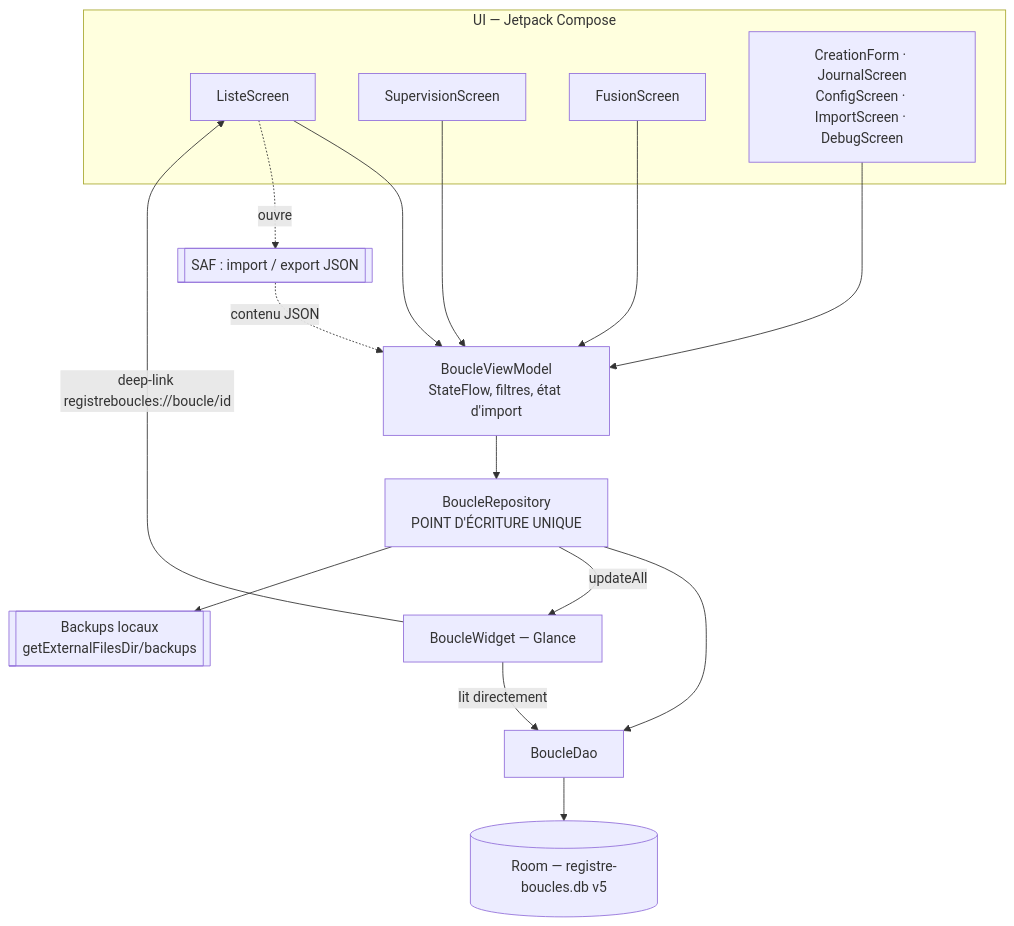
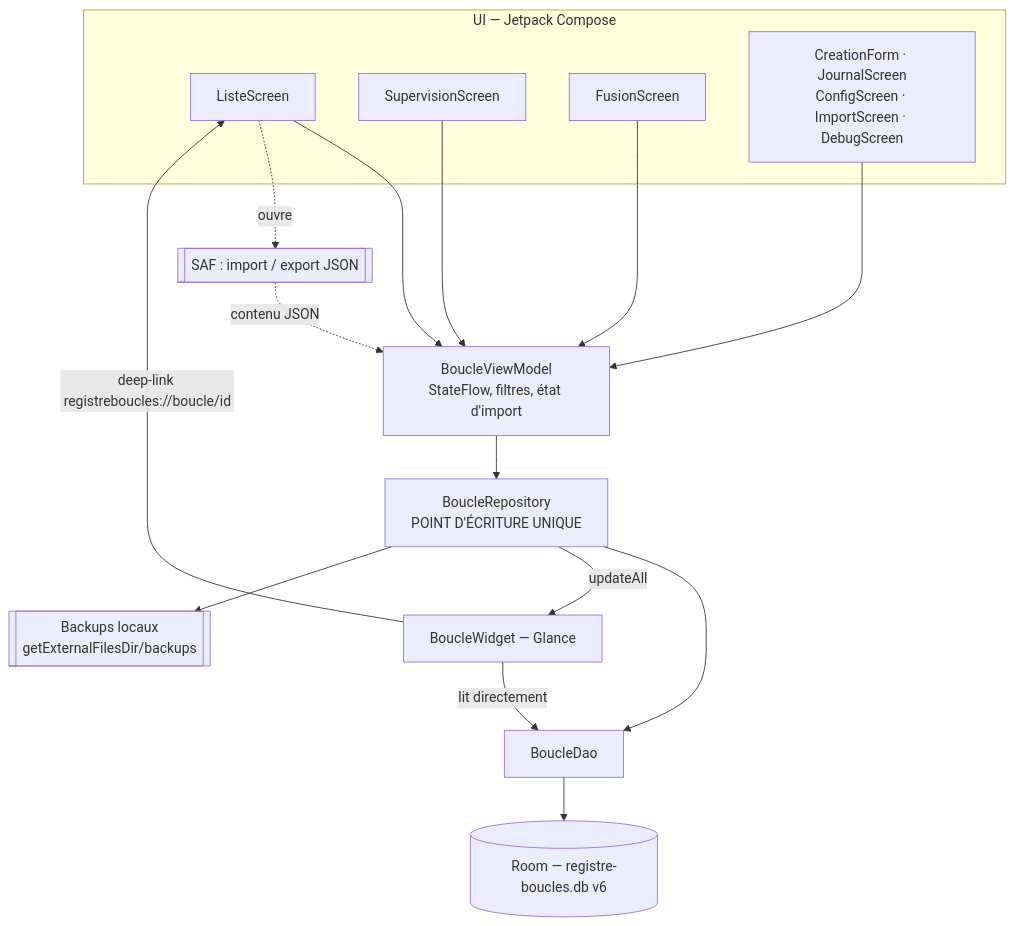
The diagram in docs/explanation/architecture.md (tikazor/registre-boucles-android), drawn with Mermaid before and after one commit. The commit also changed other lines of this file and 6 other files, not shown here.

````diff
--- a/docs/explanation/architecture.md
+++ b/docs/explanation/architecture.md
@@ -19,31 +19,31 @@
 ```mermaid
 flowchart TD
     subgraph UI["UI — Jetpack Compose"]
         L[ListeScreen]
         SUP[SupervisionScreen]
         FUS[FusionScreen]
         AUTRES["CreationForm · JournalScreen<br/>ConfigScreen · ImportScreen · DebugScreen"]
     end
 
     VM[BoucleViewModel<br/>StateFlow, filtres, état d'import]
     REPO[BoucleRepository<br/>POINT D'ÉCRITURE UNIQUE]
     DAO[BoucleDao]
-    DB[(Room — registre-boucles.db v5)]
+    DB[(Room — registre-boucles.db v6)]
 
     W[BoucleWidget — Glance]
     SAF[[SAF : import / export JSON]]
     BK[[Backups locaux<br/>getExternalFilesDir/backups]]
 
     L --> VM
     SUP --> VM
     FUS --> VM
     AUTRES --> VM
     VM --> REPO
     REPO --> DAO --> DB
     REPO -- updateAll --> W
     W -- lit directement --> DAO
     W -- deep-link registreboucles://boucle/id --> L
     REPO --> BK
     L -. ouvre .-> SAF
     SAF -. contenu JSON .-> VM
 ```
````
